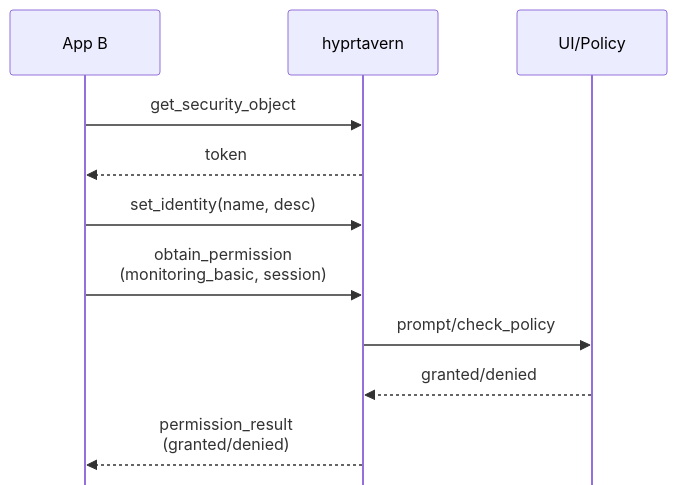
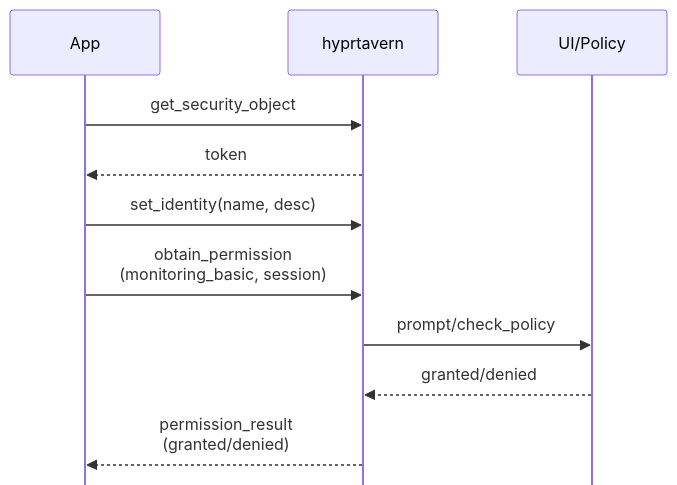
Before and after one commit to starbased-co/hyprtavern: the third of 4 diagrams in docs/README.md, drawn with Mermaid. The commit also changed other lines of this file, not shown here.

Commit message:
docs: fix sequence diagram participant naming consistency
Remove letter suffixes from single-app diagrams

````diff
--- a/docs/README.md
+++ b/docs/README.md
@@ -84,18 +84,18 @@
 ```mermaid
 %%{init: {'sequence': {'mirrorActors': false}}}%%
 sequenceDiagram
-    participant AppB as App B
+    participant App as App
     participant Tavern as hyprtavern
     participant Policy as UI/Policy
 
-    AppB->>Tavern: get_security_object
-    Tavern-->>AppB: token
+    App->>Tavern: get_security_object
+    Tavern-->>App: token
 
-    AppB->>Tavern: set_identity(name, desc)
+    App->>Tavern: set_identity(name, desc)
 
-    AppB->>Tavern: obtain_permission<br/>(monitoring_basic, session)
+    App->>Tavern: obtain_permission<br/>(monitoring_basic, session)
     Tavern->>Policy: prompt/check_policy
     Policy-->>Tavern: granted/denied
 
-    Tavern-->>AppB: permission_result<br/>(granted/denied)
+    Tavern-->>App: permission_result<br/>(granted/denied)
 ```
````
